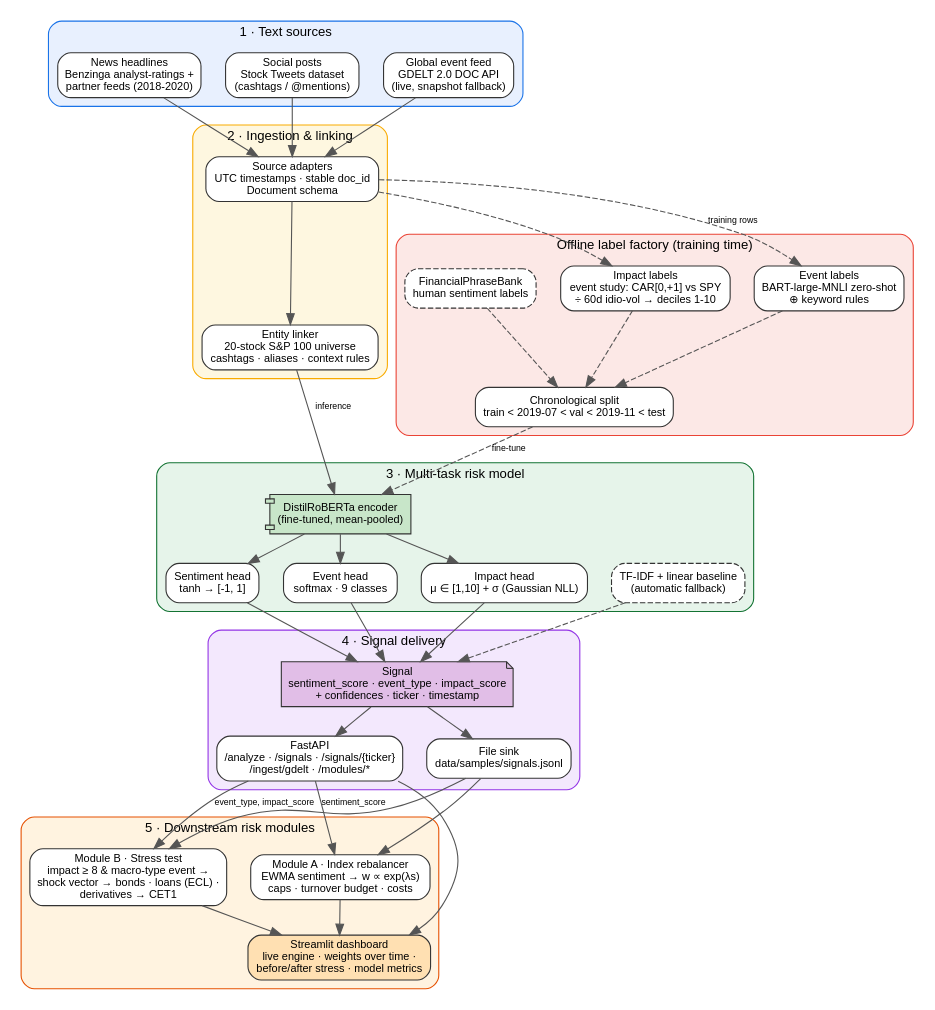
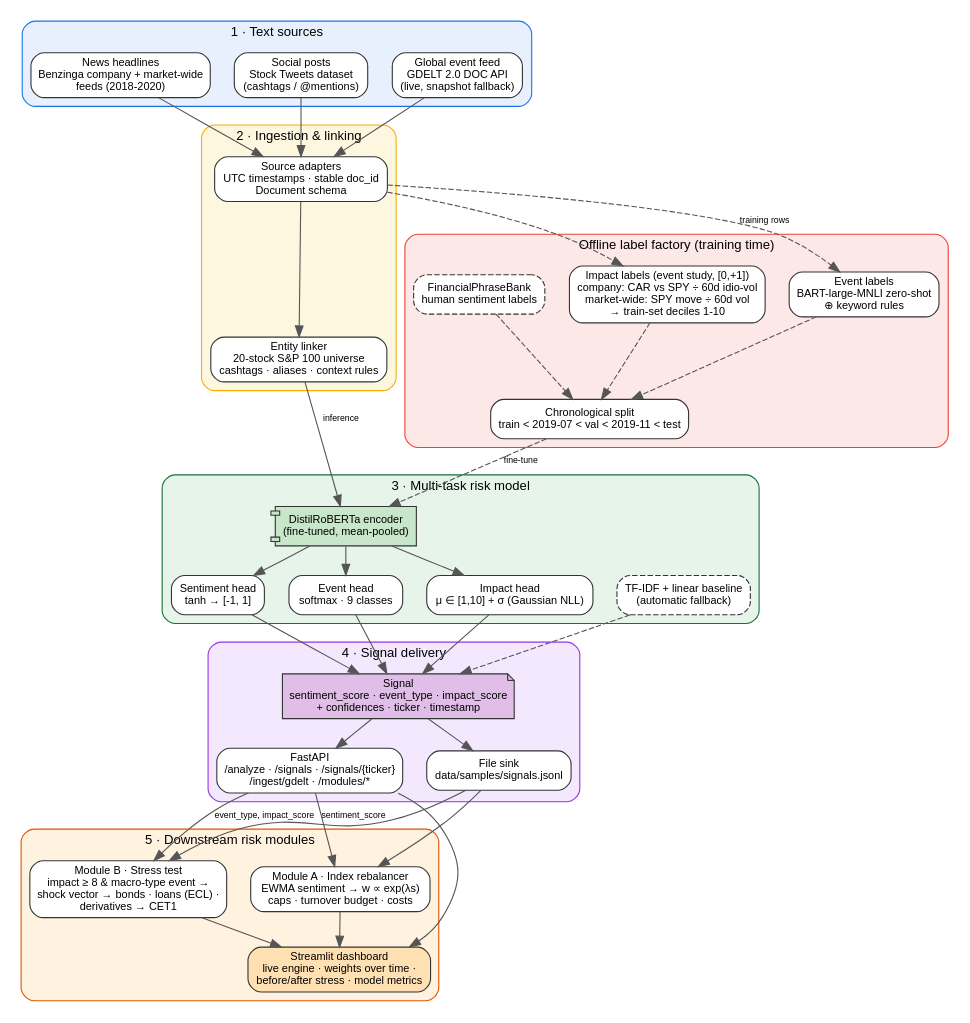
Before and after one commit to agr-arsh-15/manipal-arsh-agrawal-hackathon: the diagram in docs/architecture.dot, drawn with Graphviz. The commit also changed 10 other files, not shown here.

First line of the commit message:
docs: final README results, 7-slide deck, architecture diagram and demo script

```diff
--- a/docs/architecture.dot
+++ b/docs/architecture.dot
@@ -1,71 +1,71 @@
 digraph RiskEngineArchitecture {
     rankdir=TB;
     newrank=true;
     nodesep=0.3;
     ranksep=0.35;
     fontname="Helvetica,Arial,sans-serif";
     node [fontname="Helvetica,Arial,sans-serif", fontsize=10, shape=box, style="filled,rounded", color="#333333", fillcolor="#FFFFFF"];
     edge [fontname="Helvetica,Arial,sans-serif", fontsize=8, color="#555555"];
 
     subgraph cluster_sources {
         label="1 · Text sources"; style="filled,rounded"; fillcolor="#E8F0FE"; color="#1A73E8"; fontsize=12;
-        news   [label="News headlines\nBenzinga analyst-ratings +\npartner feeds (2018-2020)"];
+        news   [label="News headlines\nBenzinga company + market-wide\nfeeds (2018-2020)"];
         social [label="Social posts\nStock Tweets dataset\n(cashtags / @mentions)"];
         gdelt  [label="Global event feed\nGDELT 2.0 DOC API\n(live, snapshot fallback)"];
     }
 
     subgraph cluster_ingest {
         label="2 · Ingestion & linking"; style="filled,rounded"; fillcolor="#FEF7E0"; color="#F9AB00"; fontsize=12;
         adapters [label="Source adapters\nUTC timestamps · stable doc_id\nDocument schema"];
         linker   [label="Entity linker\n20-stock S&P 100 universe\ncashtags · aliases · context rules"];
     }
 
     subgraph cluster_labels {
         label="Offline label factory (training time)"; style="filled,rounded"; fillcolor="#FCE8E6"; color="#EA4335"; fontsize=12;
         fpb    [label="FinancialPhraseBank\nhuman sentiment labels", style="filled,rounded,dashed"];
         zs     [label="Event labels\nBART-large-MNLI zero-shot\n⊕ keyword rules"];
-        car    [label="Impact labels\nevent study: CAR[0,+1] vs SPY\n÷ 60d idio-vol → deciles 1-10"];
+        car    [label="Impact labels (event study, [0,+1])\ncompany: CAR vs SPY ÷ 60d idio-vol\nmarket-wide: SPY move ÷ 60d vol\n→ train-set deciles 1-10"];
         splits [label="Chronological split\ntrain < 2019-07 < val < 2019-11 < test"];
     }
 
     subgraph cluster_model {
         label="3 · Multi-task risk model"; style="filled,rounded"; fillcolor="#E6F4EA"; color="#137333"; fontsize=12;
         encoder [label="DistilRoBERTa encoder\n(fine-tuned, mean-pooled)", shape=component, fillcolor="#C8E6C9"];
         h_sent  [label="Sentiment head\ntanh → [-1, 1]"];
         h_event [label="Event head\nsoftmax · 9 classes"];
         h_imp   [label="Impact head\nμ ∈ [1,10] + σ (Gaussian NLL)"];
         fallback [label="TF-IDF + linear baseline\n(automatic fallback)", style="filled,rounded,dashed"];
     }
 
     subgraph cluster_serve {
         label="4 · Signal delivery"; style="filled,rounded"; fillcolor="#F3E8FD"; color="#9334E6"; fontsize=12;
         signal [label="Signal\nsentiment_score · event_type · impact_score\n+ confidences · ticker · timestamp", shape=note, fillcolor="#E1BEE7"];
         api    [label="FastAPI\n/analyze · /signals · /signals/{ticker}\n/ingest/gdelt · /modules/*"];
         file   [label="File sink\ndata/samples/signals.jsonl"];
     }
 
     subgraph cluster_modules {
         label="5 · Downstream risk modules"; style="filled,rounded"; fillcolor="#FFF3E0"; color="#E65100"; fontsize=12;
         modA [label="Module A · Index rebalancer\nEWMA sentiment → w ∝ exp(λs)\ncaps · turnover budget · costs"];
         modB [label="Module B · Stress test\nimpact ≥ 8 & macro-type event →\nshock vector → bonds · loans (ECL) ·\nderivatives → CET1"];
         dash [label="Streamlit dashboard\nlive engine · weights over time ·\nbefore/after stress · model metrics", fillcolor="#FFE0B2"];
     }
 
     news -> adapters; social -> adapters; gdelt -> adapters;
     adapters -> linker;
     linker -> encoder [label="inference"];
     encoder -> h_sent; encoder -> h_event; encoder -> h_imp;
     h_sent -> signal; h_event -> signal; h_imp -> signal;
     fallback -> signal [style=dashed];
     signal -> api; signal -> file;
     api -> modA [label="sentiment_score"];
     api -> modB [label="event_type, impact_score"];
     file -> modA; file -> modB;
     modA -> dash; modB -> dash; api -> dash;
 
     fpb -> splits [style=dashed];
     adapters -> zs [style=dashed, label="training rows"];
     adapters -> car [style=dashed];
     zs -> splits [style=dashed]; car -> splits [style=dashed];
     splits -> encoder [style=dashed, label="fine-tune"];
 }
```
